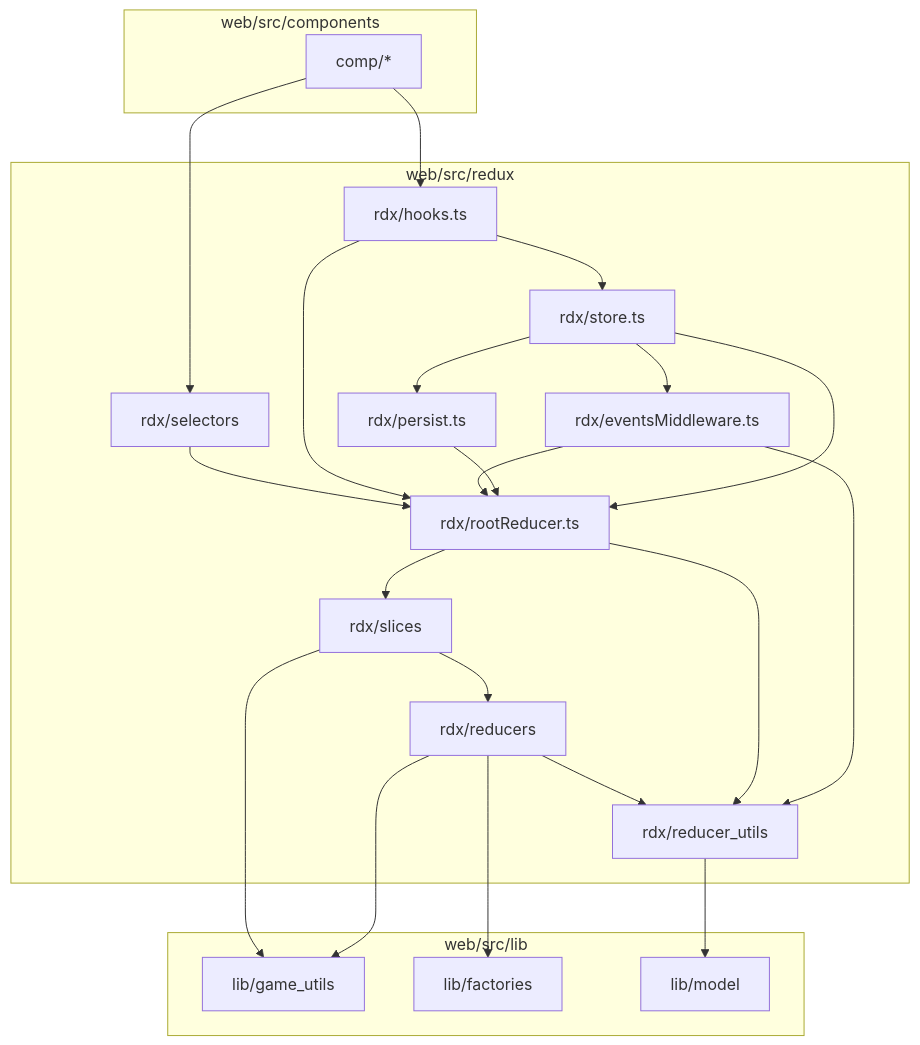
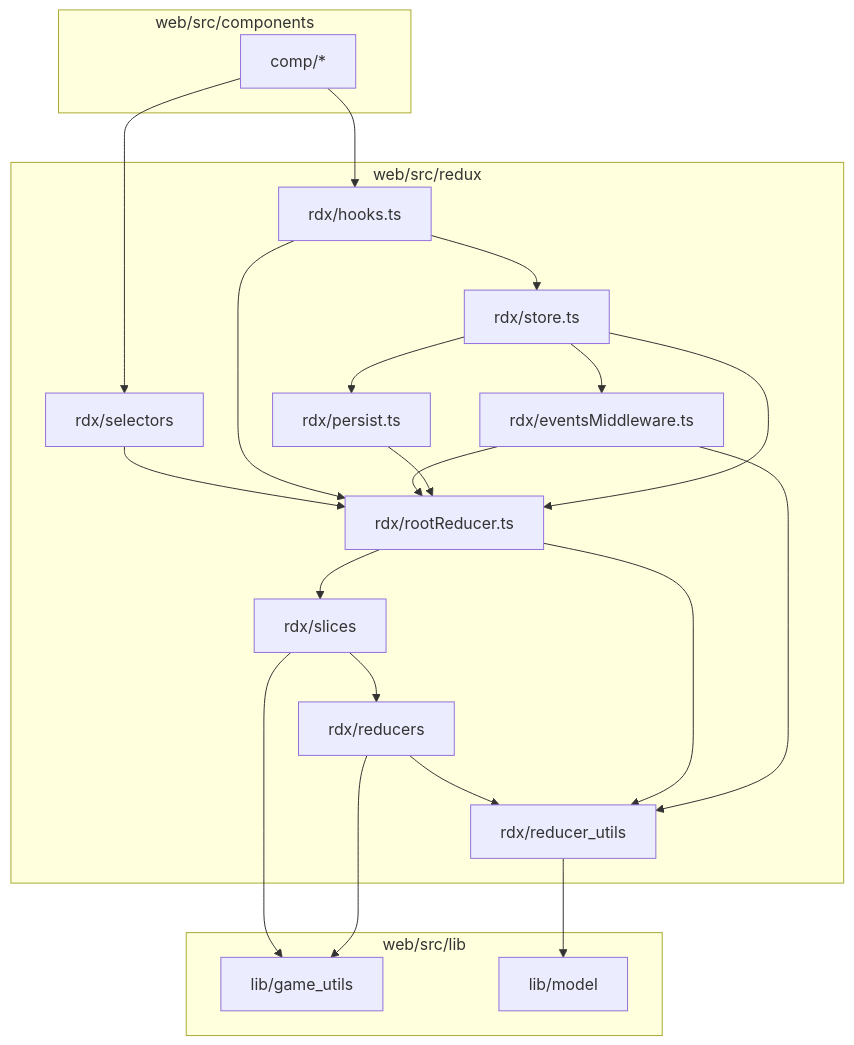
Before and after one commit to konrad-jamrozik/game-ts: the second of 3 diagrams in docs/design/about_code_dependencies.md, drawn with Mermaid. The commit also changed other lines of this file, not shown here.

Commit message:
update code deps diagram

````diff
--- a/docs/design/about_code_dependencies.md
+++ b/docs/design/about_code_dependencies.md
@@ -109,44 +108,42 @@
 ```mermaid
 graph TD
     subgraph "web/src/components"
         Comp[comp/*]
     end
 
     subgraph "web/src/redux"
         RdxStore[rdx/store.ts]
         RdxPers[rdx/persist.ts]
         RdxRedu[rdx/rootReducer.ts]
         RdxEvt[rdx/eventsMiddleware.ts]
         RdxRed[rdx/reducers]
         RdxRedUtils[rdx/reducer_utils]
         RdxSli[rdx/slices]
         RdxHook[rdx/hooks.ts]
         RdxSel[rdx/selectors]
     end
 
     subgraph "web/src/lib"
         LibGam[lib/game_utils]
-        LibFac[lib/factories]
         LibMod[lib/model]
     end
 
     Comp --> RdxHook
     Comp --> RdxSel
     RdxStore --> RdxRedu
     RdxStore --> RdxEvt
     RdxStore --> RdxPers
     RdxPers --> RdxRedu
     RdxEvt --> RdxRedu
     RdxEvt --> RdxRedUtils
     RdxRedu --> RdxSli
     RdxRedu --> RdxRedUtils
     RdxSli --> RdxRed
     RdxRed --> RdxRedUtils
     RdxRed --> LibGam
-    RdxRed --> LibFac
     RdxRedUtils --> LibMod
     RdxSli --> LibGam
     RdxHook --> RdxStore
     RdxHook --> RdxRedu
     RdxSel --> RdxRedu
 ```
````
